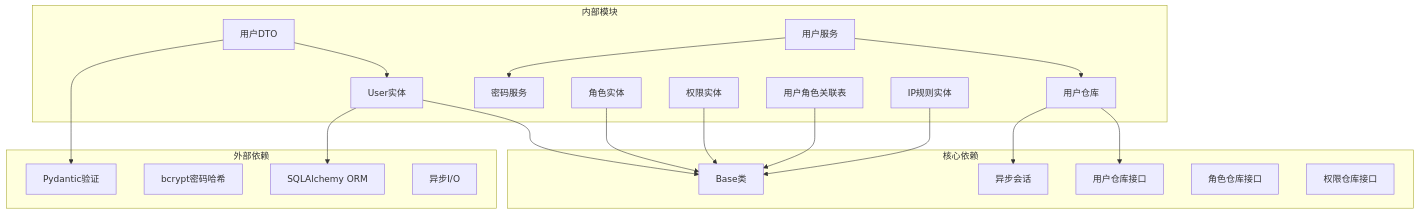
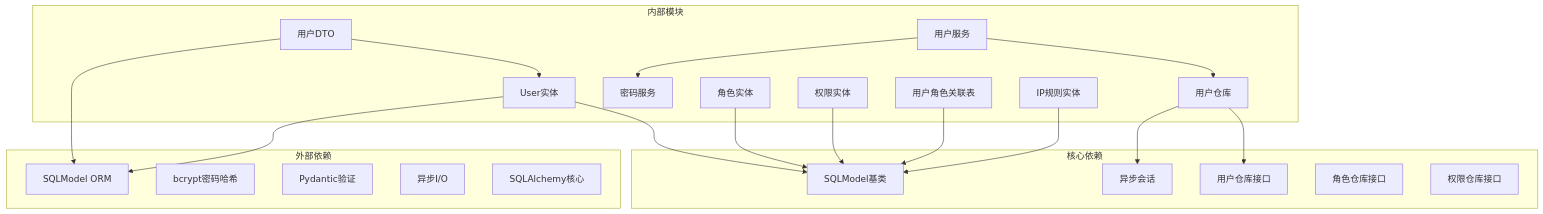
One commit to taoweidong/Hello-FastApi changed the seventh of 7 diagrams in .qoder/repowiki/zh/content/数据模型设计/用户实体模型.md. Above: the diagram before and after it, drawn with Mermaid. The commit also changed other lines of this file and 11 other files, not shown here.

````diff
--- a/.qoder/repowiki/zh/content/数据模型设计/用户实体模型.md
+++ b/.qoder/repowiki/zh/content/数据模型设计/用户实体模型.md
@@ -378,39 +388,40 @@
 ```mermaid
 graph TB
 subgraph "外部依赖"
-SQLAlchemy[SQLAlchemy ORM]
+SQLModel[SQLModel ORM]
 Bcrypt[bcrypt密码哈希]
 Pydantic[Pydantic验证]
 AsyncIO[异步I/O]
+SQLAlchemy[SQLAlchemy核心]
 end
 subgraph "核心依赖"
-Base[Base类]
+SQLModelBase[SQLModel基类]
 AsyncSession[异步会话]
 UserRepositoryInterface[用户仓库接口]
 RoleRepositoryInterface[角色仓库接口]
 PermissionRepositoryInterface[权限仓库接口]
 end
 subgraph "内部模块"
 UserEntity[User实体]
 UserDTO[用户DTO]
 UserService[用户服务]
 UserRepository[用户仓库]
 PasswordService[密码服务]
 RoleEntity[角色实体]
 PermissionEntity[权限实体]
 UserRoleEntity[用户角色关联表]
 IPRuleEntity[IP规则实体]
 end
-UserEntity --> SQLAlchemy
-UserDTO --> Pydantic
+UserEntity --> SQLModel
+UserDTO --> SQLModel
 UserService --> PasswordService
 UserService --> UserRepository
 UserRepository --> AsyncSession
 UserRepository --> UserRepositoryInterface
-UserEntity --> Base
+UserEntity --> SQLModelBase
 UserDTO --> UserEntity
-RoleEntity --> Base
-PermissionEntity --> Base
-UserRoleEntity --> Base
-IPRuleEntity --> Base
+RoleEntity --> SQLModelBase
+PermissionEntity --> SQLModelBase
+UserRoleEntity --> SQLModelBase
+IPRuleEntity --> SQLModelBase
 ```
````
